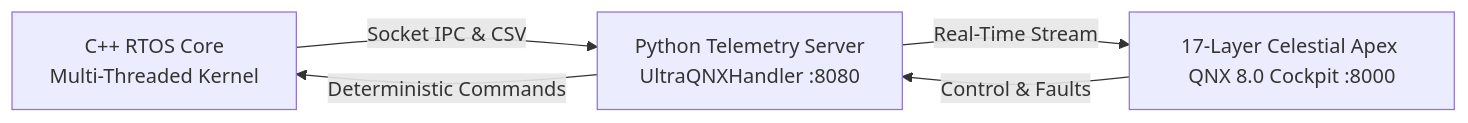
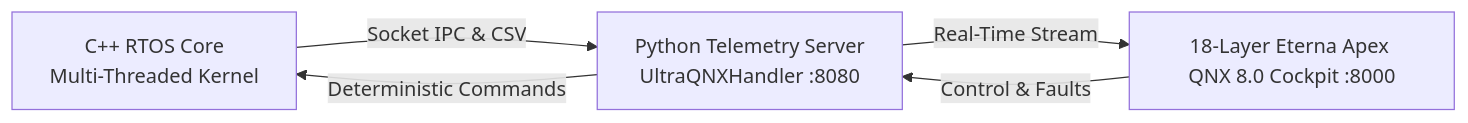
Before and after one commit to shaikhabdul2015-max/qnx-hackathon-project: the diagram in README.md, drawn with Mermaid. The commit also changed other lines of this file and 1 other file, not shown here.

Commit message:
Add Layer 18 Eterna Apex: Quantum Photonic Fog Radar and HEPA-14 Bio-Defense Dome

````diff
--- a/README.md
+++ b/README.md
@@ -9,7 +9,7 @@
 ```mermaid
 graph LR
     A[C++ RTOS Core<br/>Multi-Threaded Kernel] -->|Socket IPC & CSV| B[Python Telemetry Server<br/>UltraQNXHandler :8080]
-    B -->|Real-Time Stream| C[17-Layer Celestial Apex QNX 8.0 Cockpit :8000]
+    B -->|Real-Time Stream| C[18-Layer Eterna Apex QNX 8.0 Cockpit :8000]
     C -->|Control & Faults| B
     B -->|Deterministic Commands| A
 ```
````
